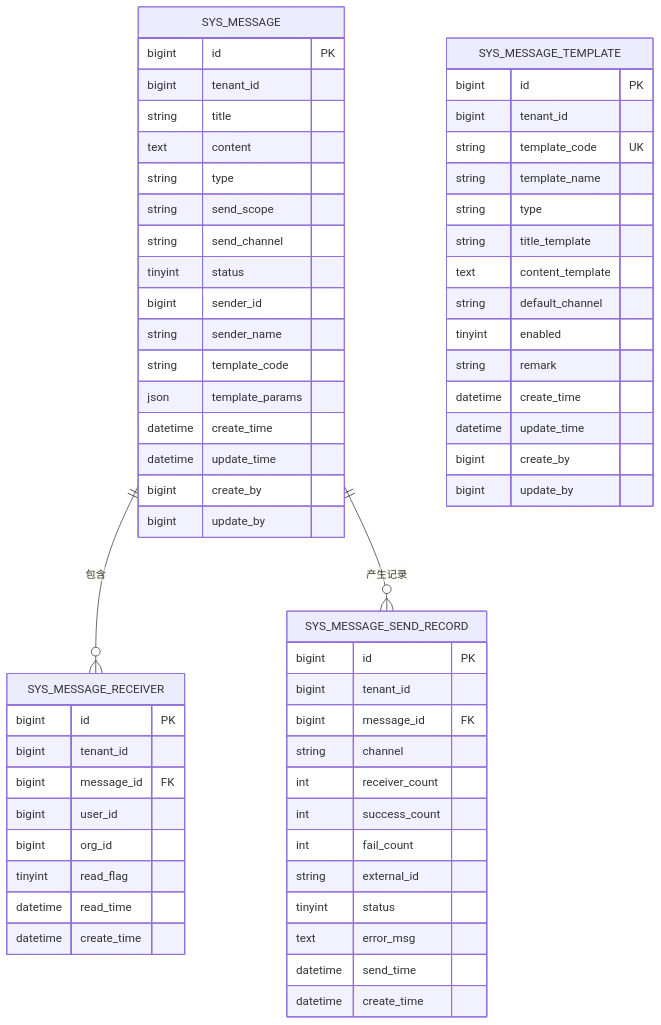
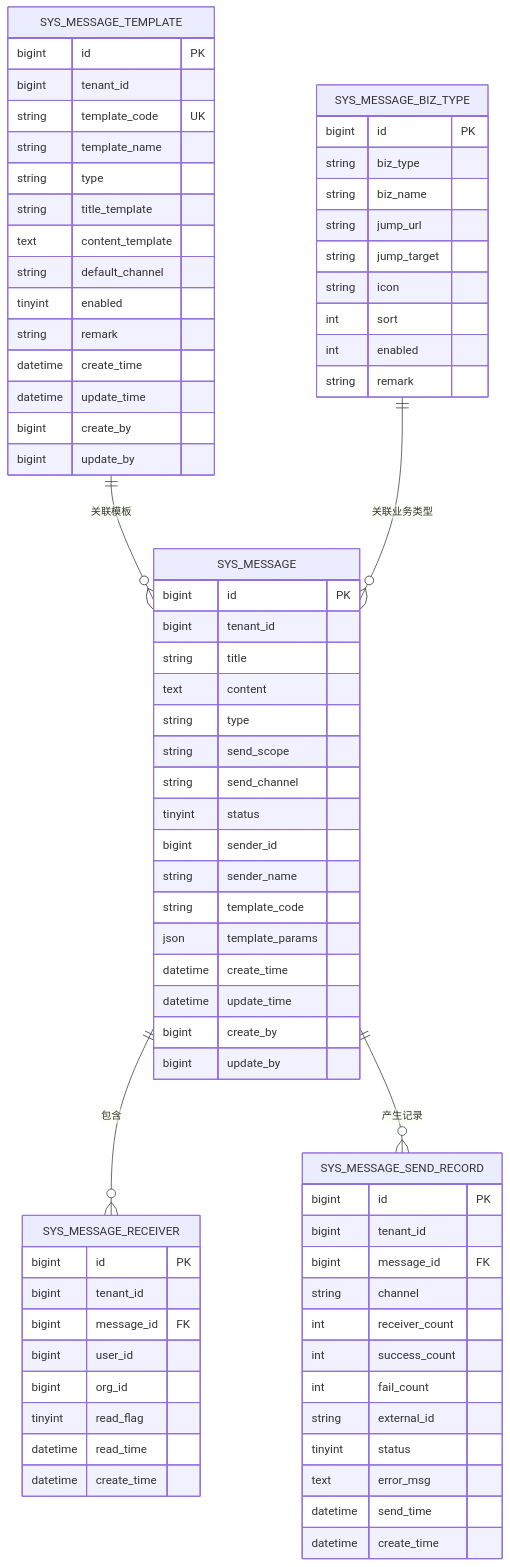
Before and after one commit to yaomindong1996/forge-admin: the sixth of 7 diagrams in .qoder/repowiki/zh/content/后端框架详解/专用功能模块/消息通知模块.md, drawn with Mermaid. The commit also changed other lines of this file and 57 other files, not shown here.

````diff
--- a/.qoder/repowiki/zh/content/后端框架详解/专用功能模块/消息通知模块.md
+++ b/.qoder/repowiki/zh/content/后端框架详解/专用功能模块/消息通知模块.md
@@ -236,63 +292,76 @@
 ```mermaid
 erDiagram
 SYS_MESSAGE {
 bigint id PK
 bigint tenant_id
 string title
 text content
 string type
 string send_scope
 string send_channel
 tinyint status
 bigint sender_id
 string sender_name
 string template_code
 json template_params
 datetime create_time
 datetime update_time
 bigint create_by
 bigint update_by
 }
 SYS_MESSAGE_RECEIVER {
 bigint id PK
 bigint tenant_id
 bigint message_id FK
 bigint user_id
 bigint org_id
 tinyint read_flag
 datetime read_time
 datetime create_time
 }
 SYS_MESSAGE_SEND_RECORD {
 bigint id PK
 bigint tenant_id
 bigint message_id FK
 string channel
 int receiver_count
 int success_count
 int fail_count
 string external_id
 tinyint status
 text error_msg
 datetime send_time
 datetime create_time
 }
 SYS_MESSAGE_TEMPLATE {
 bigint id PK
 bigint tenant_id
 string template_code UK
 string template_name
 string type
 string title_template
 text content_template
 string default_channel
 tinyint enabled
 string remark
 datetime create_time
 datetime update_time
 bigint create_by
 bigint update_by
 }
+SYS_MESSAGE_BIZ_TYPE {
+bigint id PK
+string biz_type
+string biz_name
+string jump_url
+string jump_target
+string icon
+int sort
+int enabled
+string remark
+}
 SYS_MESSAGE ||--o{ SYS_MESSAGE_RECEIVER : "包含"
 SYS_MESSAGE ||--o{ SYS_MESSAGE_SEND_RECORD : "产生记录"
+SYS_MESSAGE_TEMPLATE ||--o{ SYS_MESSAGE : "关联模板"
+SYS_MESSAGE_BIZ_TYPE ||--o{ SYS_MESSAGE : "关联业务类型"
 ```
````
